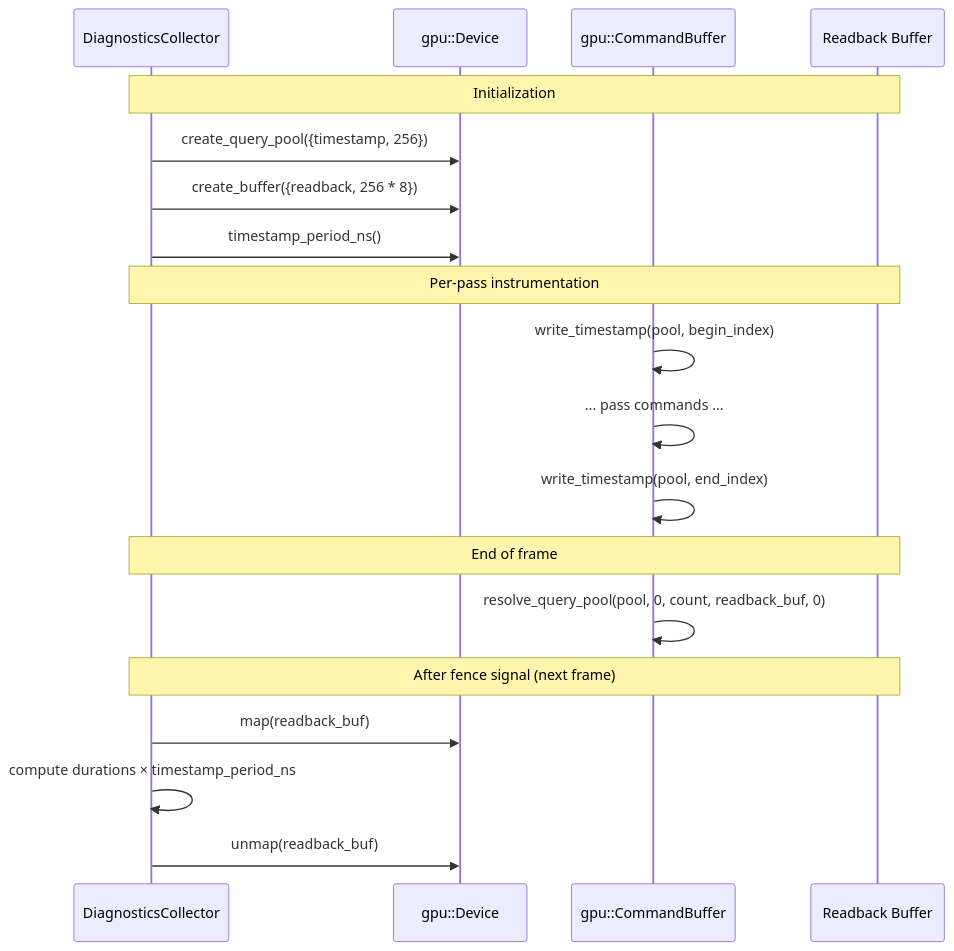
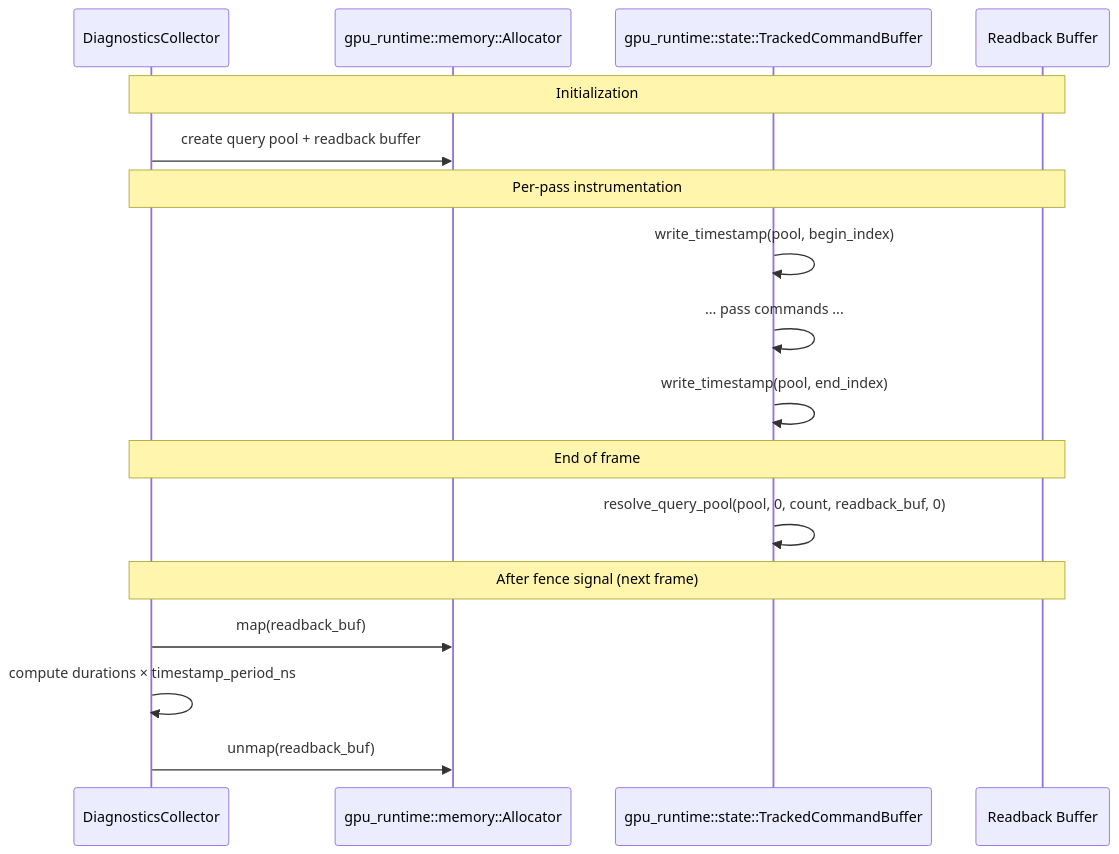
Before and after one commit to harmonius-dev/harmonius: the tenth of 10 diagrams in docs/design/render-graph-design.md, drawn with Mermaid. The commit also changed other lines of this file and 28 other files, not shown here.

First line of the commit message:
Add GPU runtime layer and remove VMA/D3D12MA dependencies

````diff
--- a/docs/design/render-graph-design.md
+++ b/docs/design/render-graph-design.md
@@ -1817,25 +1822,23 @@
 ```mermaid
 sequenceDiagram
     participant Diag as DiagnosticsCollector
-    participant Dev as gpu::Device
-    participant CB as gpu::CommandBuffer
+    participant Alloc as gpu_runtime::memory::Allocator
+    participant TCB as gpu_runtime::state::TrackedCommandBuffer
     participant Buf as Readback Buffer
 
     Note over Diag,Buf: Initialization
-    Diag->>Dev: create_query_pool({timestamp, 256})
-    Diag->>Dev: create_buffer({readback, 256 * 8})
-    Diag->>Dev: timestamp_period_ns()
+    Diag->>Alloc: create query pool + readback buffer
 
     Note over Diag,Buf: Per-pass instrumentation
-    CB->>CB: write_timestamp(pool, begin_index)
-    CB->>CB: ... pass commands ...
-    CB->>CB: write_timestamp(pool, end_index)
+    TCB->>TCB: write_timestamp(pool, begin_index)
+    TCB->>TCB: ... pass commands ...
+    TCB->>TCB: write_timestamp(pool, end_index)
 
     Note over Diag,Buf: End of frame
-    CB->>CB: resolve_query_pool(pool, 0, count, readback_buf, 0)
+    TCB->>TCB: resolve_query_pool(pool, 0, count, readback_buf, 0)
 
     Note over Diag,Buf: After fence signal (next frame)
-    Diag->>Dev: map(readback_buf)
+    Diag->>Alloc: map(readback_buf)
     Diag->>Diag: compute durations × timestamp_period_ns
-    Diag->>Dev: unmap(readback_buf)
+    Diag->>Alloc: unmap(readback_buf)
 ```
````
